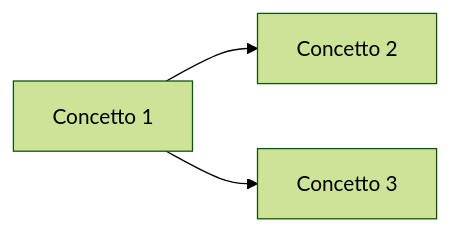
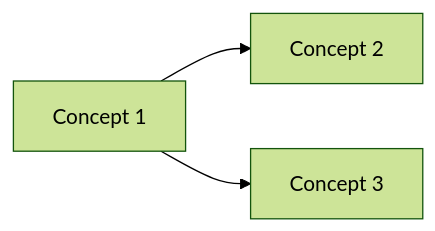
The first of 3 diagrams in dev-wiki/01_Foundations/Code_Smells/Diagrams.md (HxT9/Software-Dev-Wiki), drawn with Mermaid (forest theme) before and after one commit. The commit also changed other lines of this file and 3444 other files, not shown here.

````diff
--- a/dev-wiki/01_Foundations/Code_Smells/Diagrams.md
+++ b/dev-wiki/01_Foundations/Code_Smells/Diagrams.md
@@ -4,5 +4,5 @@
 ```mermaid
 graph LR
-  A[Concetto 1] --> B[Concetto 2]
-  A --> C[Concetto 3]
+  A[Concept 1] --> B[Concept 2]
+  A --> C[Concept 3]
 ```
````
